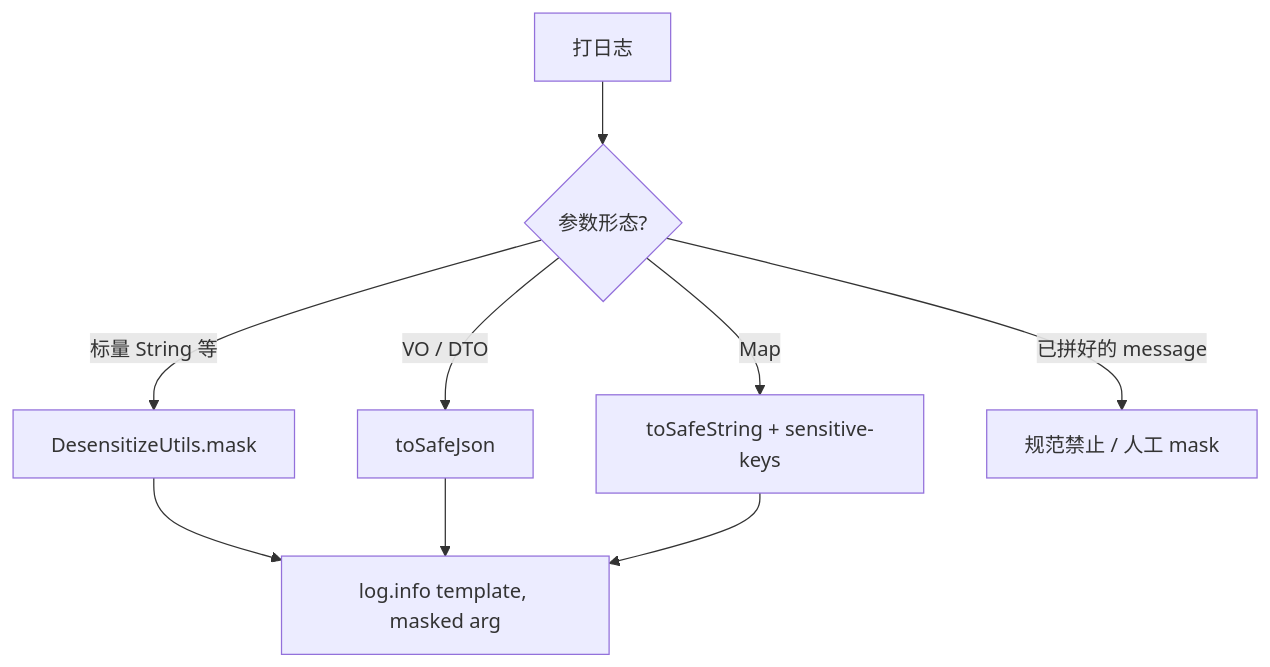
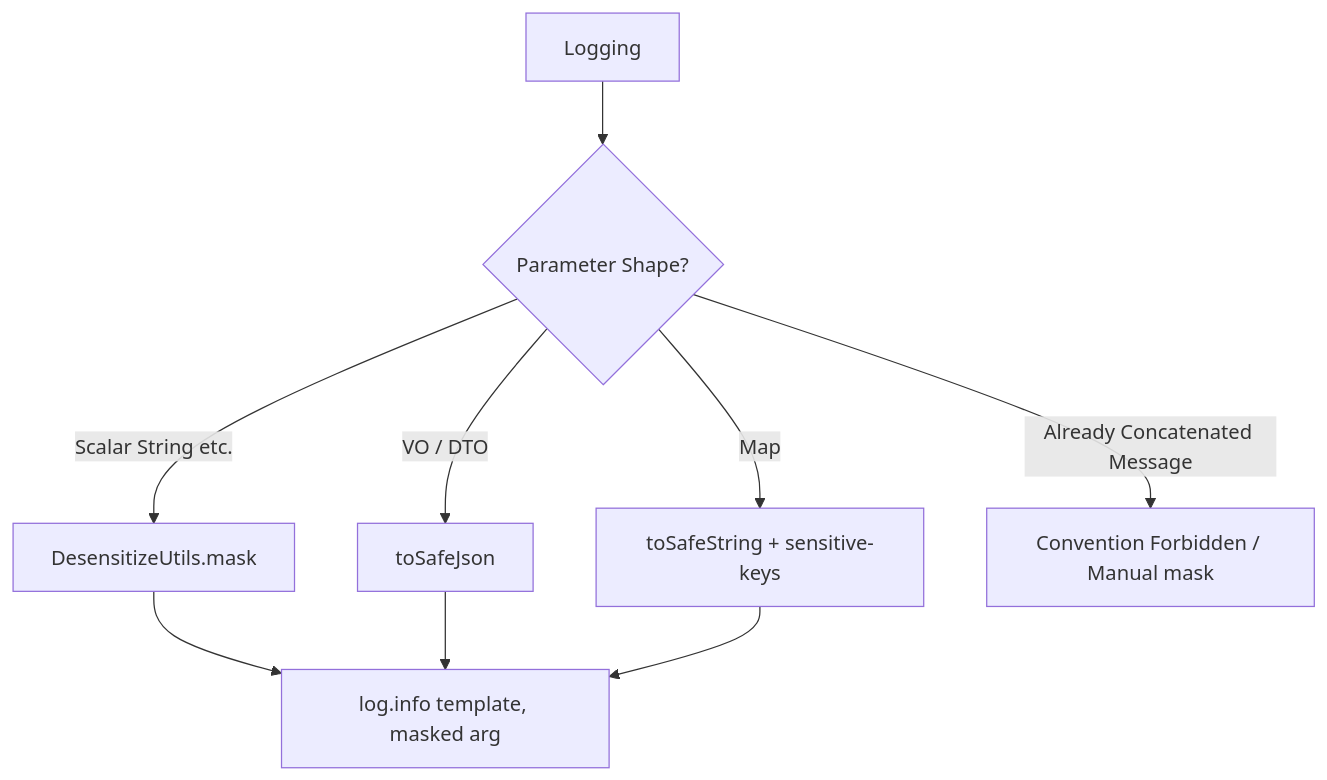
The sixth of 9 diagrams in atlas-richie-component/atlas-richie-component-desensitize/README.md (richie696/atlas-richie-platform), drawn with Mermaid before and after one commit. The commit also changed other lines of this file and 69 other files, not shown here.

````diff
--- a/atlas-richie-component/atlas-richie-component-desensitize/README.md
+++ b/atlas-richie-component/atlas-richie-component-desensitize/README.md
@@ -244,11 +297,11 @@
 ```mermaid
 flowchart TD
-    LOG[打日志] --> KIND{参数形态?}
-    KIND -->|标量 String 等| EXPLICIT[DesensitizeUtils.mask]
+    LOG[Logging] --> KIND{Parameter Shape?}
+    KIND -->|Scalar String etc.| EXPLICIT[DesensitizeUtils.mask]
     KIND -->|VO / DTO| SAFE_JSON[toSafeJson]
     KIND -->|Map| SAFE_MAP[toSafeString + sensitive-keys]
-    KIND -->|已拼好的 message| FORBID[规范禁止 / 人工 mask]
+    KIND -->|Already Concatenated Message| FORBID[Convention Forbidden / Manual mask]
     EXPLICIT --> SLF4J[log.info template, masked arg]
     SAFE_JSON --> SLF4J
     SAFE_MAP --> SLF4J
 ```
````
